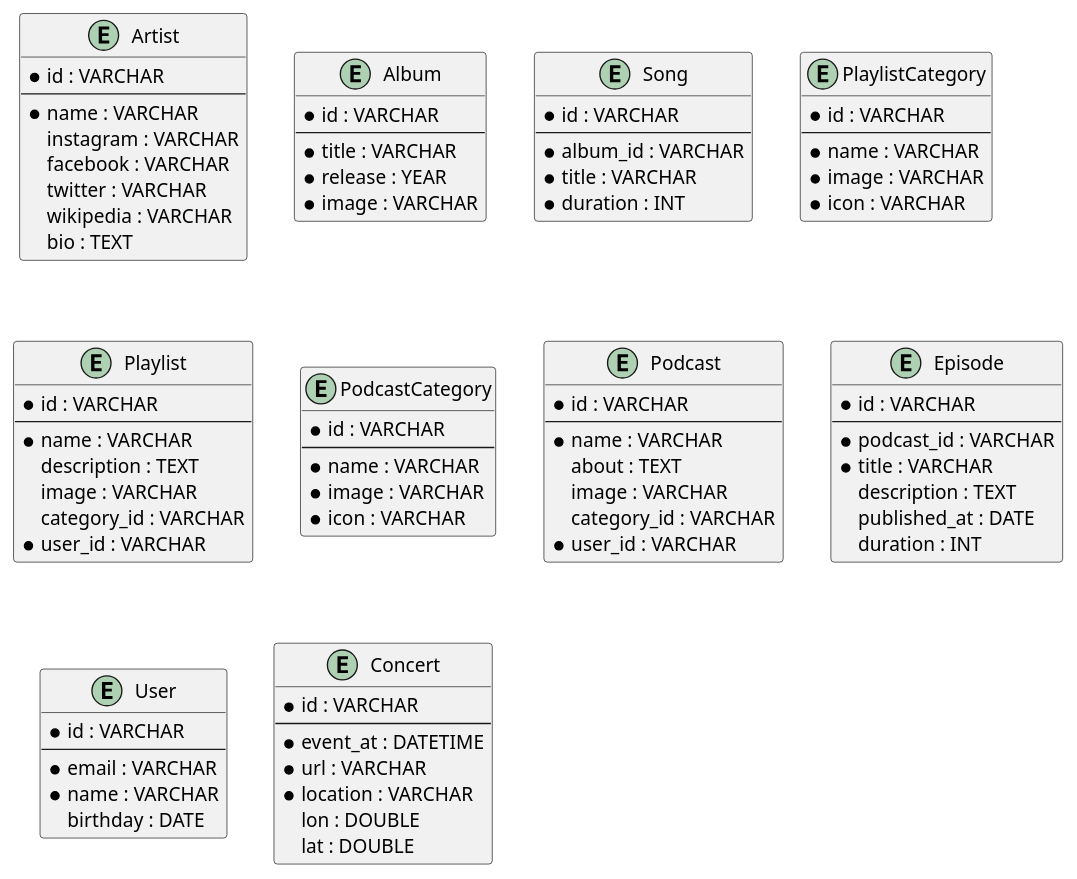
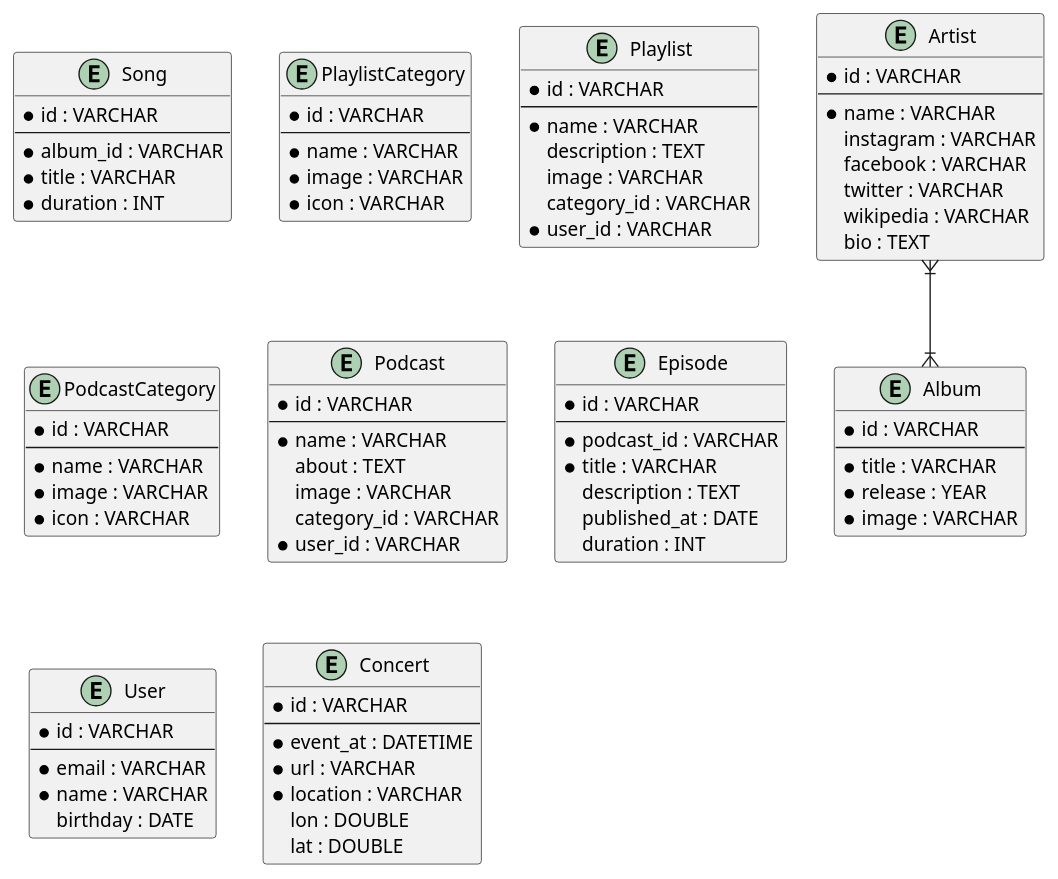
The diagram in src/entity.puml (bayubagusbagaswara/design-database-spotify-clone), drawn with PlantUML before and after one commit.

Commit message:
menentukan relasi entity Album

```diff
--- a/src/entity.puml
+++ b/src/entity.puml
@@ -1,91 +1,93 @@
 @startuml
 entity Artist {
     * id : VARCHAR
     --
     * name : VARCHAR
     instagram : VARCHAR
     facebook : VARCHAR
     twitter : VARCHAR
     wikipedia : VARCHAR
     bio : TEXT
 }
 
 entity Album {
     * id : VARCHAR
     --
     * title : VARCHAR
     * release : YEAR
     * image : VARCHAR
 }
 
 entity Song {
     * id : VARCHAR
     --
     * album_id : VARCHAR
     * title : VARCHAR
     * duration : INT
 }
 
 entity PlaylistCategory {
     * id : VARCHAR
     --
     * name : VARCHAR
     * image : VARCHAR
     * icon : VARCHAR
 }
 entity Playlist{
     * id : VARCHAR
     --
     * name : VARCHAR
     description : TEXT
     image : VARCHAR
     category_id : VARCHAR
     * user_id : VARCHAR
 }
 
 entity PodcastCategory {
     * id : VARCHAR
     --
     * name : VARCHAR
     * image : VARCHAR
     * icon : VARCHAR
 }
 
 entity Podcast {
     * id : VARCHAR
     --
     * name : VARCHAR
     about : TEXT
     image : VARCHAR
     category_id : VARCHAR
     * user_id : VARCHAR
 }
 
 entity Episode {
     * id : VARCHAR
     --
     * podcast_id : VARCHAR
     * title : VARCHAR
     description : TEXT
     published_at : DATE
     duration : INT
 }
 
 entity User{
     * id : VARCHAR
     --
     * email : VARCHAR
     * name : VARCHAR
     birthday : DATE
 }
 
 entity Concert{
     * id : VARCHAR
     --
     * event_at : DATETIME
     * url : VARCHAR
     * location : VARCHAR
     lon : DOUBLE
     lat : DOUBLE
 }
+'relasi
+Artist }|--|{ Album
 @enduml
```
